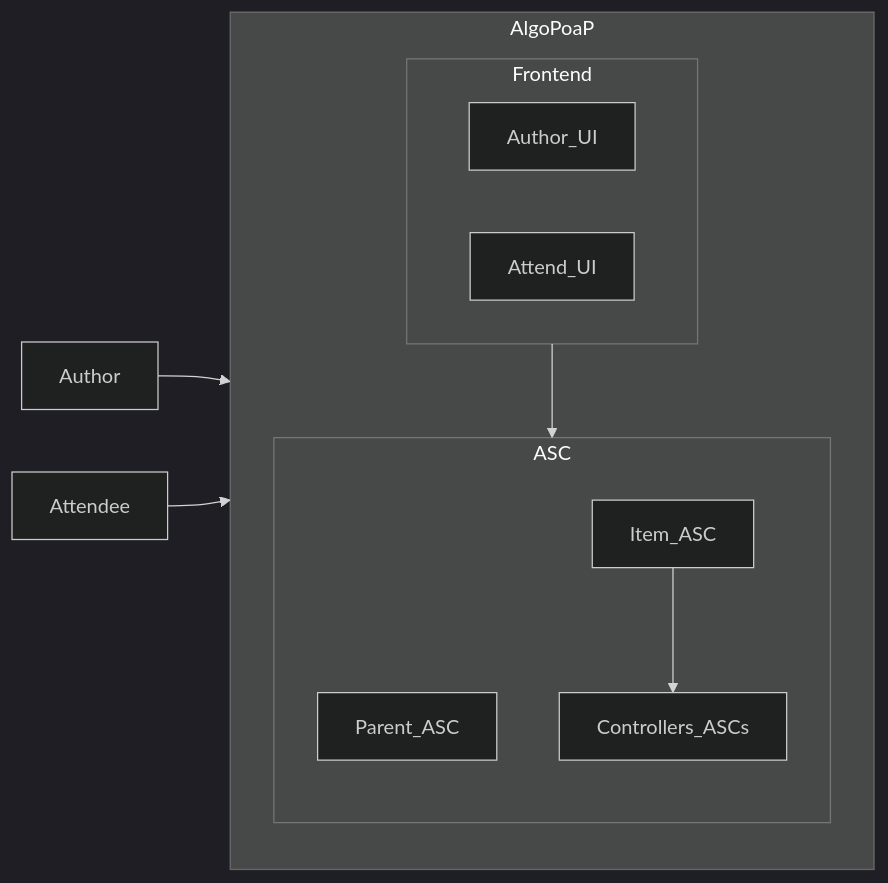
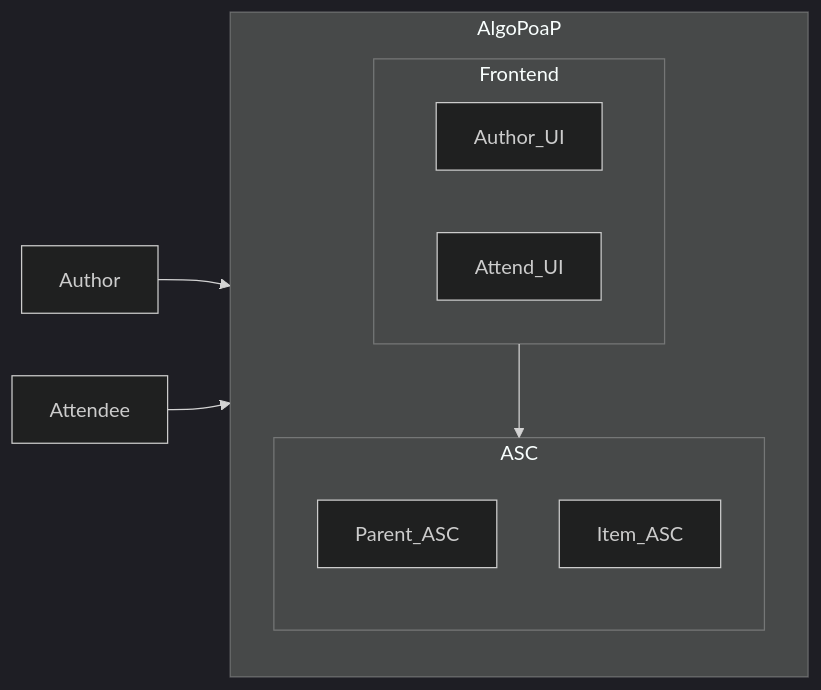
The first of 10 diagrams in profile/README.md (GoPlausible/.github), drawn with Mermaid (dark theme) before and after one commit.

````diff
--- a/profile/README.md
+++ b/profile/README.md
@@ -39,21 +39,21 @@
 ```mermaid
   flowchart LR
   subgraph AlgoPoaP
     direction TB
     subgraph Frontend
         direction RL
         Author_UI
         Attend_UI
     end
     subgraph ASC
         direction TB
         Parent_ASC
-        Item_ASC-->Controllers_ASCs 
+        Item_ASC
         
     end
   end
   Author --> AlgoPoaP
   Attendee --> AlgoPoaP
   Frontend --> ASC
   
 ```
````
